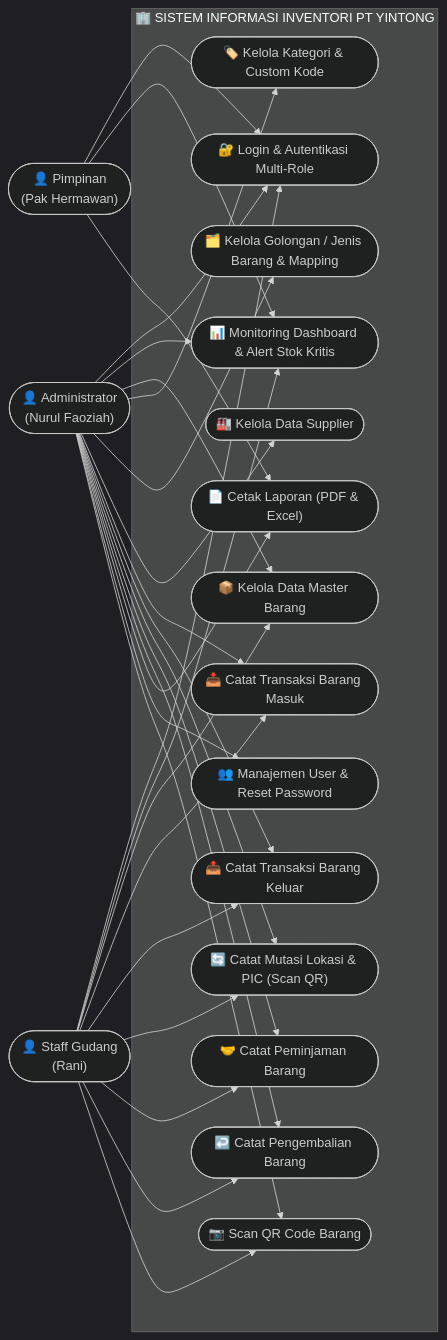
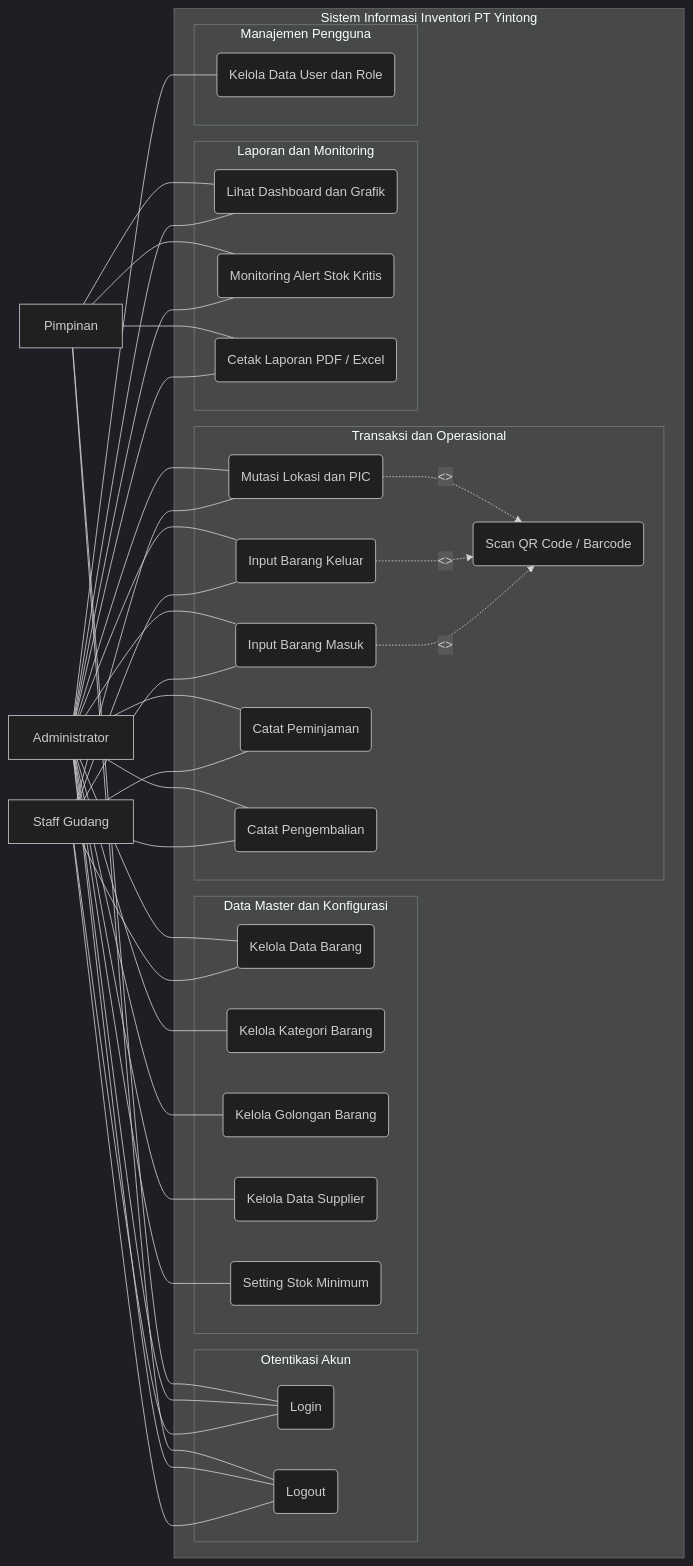
Before and after one commit to dimasdekka/inventory-manajement-yintong: the first of 11 diagrams in DOKUMENTASI_UML_LENGKAP.md, drawn with Mermaid (dark theme). The commit also changed other lines of this file, not shown here.

Commit message:
docs: clean UML documentation without icons and add draw.io XML model

````diff
--- a/DOKUMENTASI_UML_LENGKAP.md
+++ b/DOKUMENTASI_UML_LENGKAP.md
@@ -16,62 +187,80 @@
 ```mermaid
 flowchart LR
-    %% Actors
-    Admin(["👤 Administrator<br>(Nurul Faoziah)"])
-    Staff(["👤 Staff Gudang<br>(Rani)"])
-    Pimpinan(["👤 Pimpinan<br>(Pak Hermawan)"])
+    Admin[Administrator]
+    Staff[Staff Gudang]
+    Pimpinan[Pimpinan]
 
-    subgraph Sistem_Inventori_Yintong ["🏢 SISTEM INFORMASI INVENTORI PT YINTONG"]
-        UC1(["🔐 Login & Autentikasi Multi-Role"])
-        UC2(["📊 Monitoring Dashboard & Alert Stok Kritis"])
-        
-        %% Master Data
-        UC3(["📦 Kelola Data Master Barang"])
-        UC4(["🏷️ Kelola Kategori & Custom Kode"])
-        UC5(["🗂️ Kelola Golongan / Jenis Barang & Mapping"])
-        UC6(["🏭 Kelola Data Supplier"])
-        
-        %% Transaksi
-        UC7(["📥 Catat Transaksi Barang Masuk"])
-        UC8(["📤 Catat Transaksi Barang Keluar"])
-        UC9(["🔄 Catat Mutasi Lokasi & PIC (Scan QR)"])
-        UC10(["🤝 Catat Peminjaman Barang"])
-        UC11(["↩️ Catat Pengembalian Barang"])
-        
-        %% Laporan & User
-        UC12(["📄 Cetak Laporan (PDF & Excel)"])
-        UC13(["👥 Manajemen User & Reset Password"])
-        UC14(["📷 Scan QR Code Barang"])
+    subgraph Sistem_Inventori ["Sistem Informasi Inventori PT Yintong"]
+        subgraph Otentikasi ["Otentikasi Akun"]
+            UC_Login(Login)
+            UC_Logout(Logout)
+        end
+
+        subgraph MasterData ["Data Master dan Konfigurasi"]
+            UC_Barang(Kelola Data Barang)
+            UC_Kategori(Kelola Kategori Barang)
+            UC_Golongan(Kelola Golongan Barang)
+            UC_Supplier(Kelola Data Supplier)
+            UC_StokMin(Setting Stok Minimum)
+        end
+
+        subgraph Transaksi ["Transaksi dan Operasional"]
+            UC_Masuk(Input Barang Masuk)
+            UC_Keluar(Input Barang Keluar)
+            UC_Mutasi(Mutasi Lokasi dan PIC)
+            UC_Pinjam(Catat Peminjaman)
+            UC_Kembali(Catat Pengembalian)
+            UC_Scan(Scan QR Code / Barcode)
+        end
+
+        subgraph Laporan ["Laporan dan Monitoring"]
+            UC_Dashboard(Lihat Dashboard dan Grafik)
+            UC_Notif(Monitoring Alert Stok Kritis)
+            UC_Laporan(Cetak Laporan PDF / Excel)
+        end
+
+        subgraph ManajemenUser ["Manajemen Pengguna"]
+            UC_User(Kelola Data User dan Role)
+        end
     end
 
-    %% Admin Connections
-    Admin --> UC1
-    Admin --> UC2
-    Admin --> UC3
-    Admin --> UC4
-    Admin --> UC5
-    Admin --> UC6
-    Admin --> UC7
-    Admin --> UC8
-    Admin --> UC9
-    Admin --> UC10
-    Admin --> UC11
-    Admin --> UC12
-    Admin --> UC13
-    Admin --> UC14
+    %% Include Relations
+    UC_Masuk -.->|<<include>>| UC_Scan
+    UC_Keluar -.->|<<include>>| UC_Scan
+    UC_Mutasi -.->|<<include>>| UC_Scan
 
-    %% Staff Connections
-    Staff --> UC1
-    Staff --> UC2
-    Staff --> UC3
-    Staff --> UC7
-    Staff --> UC8
-    Staff --> UC9
-    Staff --> UC10
-    Staff --> UC11
-    Staff --> UC14
+    %% Staff Relations
+    Staff --- UC_Login
+    Staff --- UC_Logout
+    Staff --- UC_Barang
+    Staff --- UC_Masuk
+    Staff --- UC_Keluar
+    Staff --- UC_Mutasi
+    Staff --- UC_Pinjam
+    Staff --- UC_Kembali
 
-    %% Pimpinan Connections
-    Pimpinan --> UC1
-    Pimpinan --> UC2
-    Pimpinan --> UC12
+    %% Admin Relations
+    Admin --- UC_Login
+    Admin --- UC_Logout
+    Admin --- UC_Barang
+    Admin --- UC_Kategori
+    Admin --- UC_Golongan
+    Admin --- UC_Supplier
+    Admin --- UC_StokMin
+    Admin --- UC_Masuk
+    Admin --- UC_Keluar
+    Admin --- UC_Mutasi
+    Admin --- UC_Pinjam
+    Admin --- UC_Kembali
+    Admin --- UC_Dashboard
+    Admin --- UC_Notif
+    Admin --- UC_Laporan
+    Admin --- UC_User
+
+    %% Pimpinan Relations
+    Pimpinan --- UC_Login
+    Pimpinan --- UC_Logout
+    Pimpinan --- UC_Dashboard
+    Pimpinan --- UC_Notif
+    Pimpinan --- UC_Laporan
 ```
````
